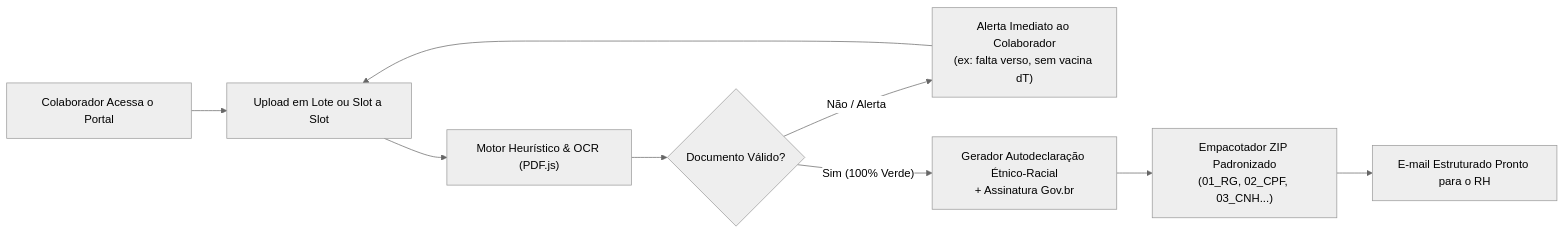
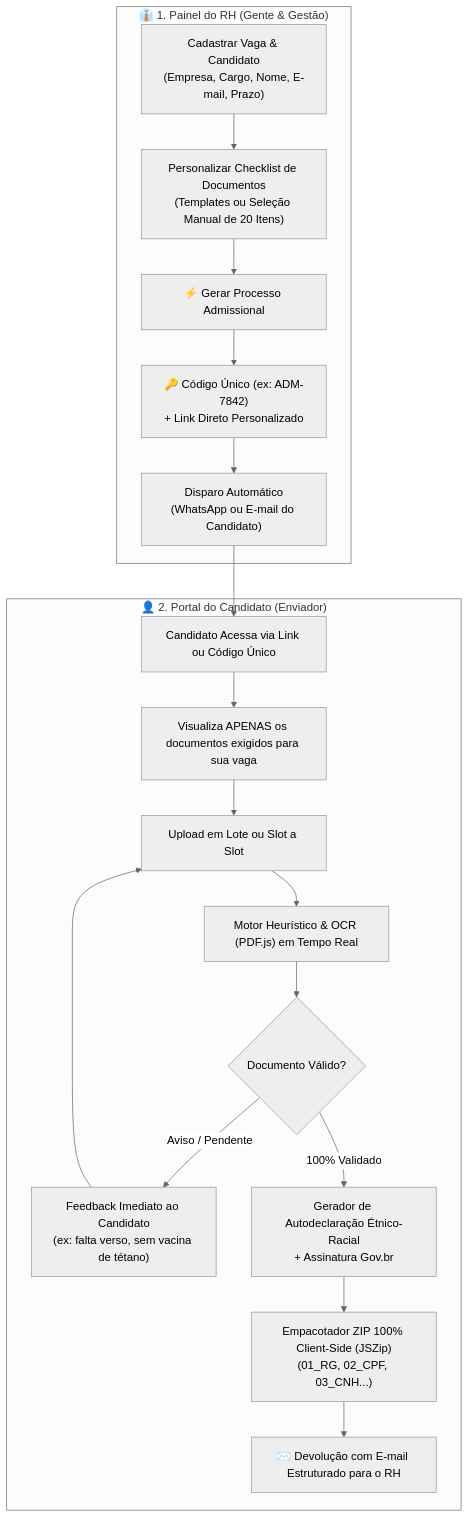
One commit to JTChila/admissao-digital changed the diagram in README.md. Above: the diagram before and after it, drawn with Mermaid (neutral theme). The commit also changed other lines of this file and 5 other files, not shown here.

````diff
--- a/README.md
+++ b/README.md
@@ -25,11 +27,22 @@
 ```mermaid
-flowchart LR
-    A["Colaborador Acessa o Portal"] --> B["Upload em Lote ou Slot a Slot"]
-    B --> C["Motor Heurístico & OCR (PDF.js)"]
-    C --> D{"Documento Válido?"}
-    D -- "Não / Alerta" --> E["Alerta Imediato ao Colaborador<br/>(ex: falta verso, sem vacina dT)"]
-    E --> B
-    D -- "Sim (100% Verde)" --> F["Gerador Autodeclaração Étnico-Racial<br/>+ Assinatura Gov.br"]
-    F --> G["Empacotador ZIP Padronizado<br/>(01_RG, 02_CPF, 03_CNH...)"]
-    G --> H["E-mail Estruturado Pronto para o RH"]
+flowchart TD
+    subgraph RH["👔 1. Painel do RH (Gente & Gestão)"]
+        A["Cadastrar Vaga & Candidato<br/>(Empresa, Cargo, Nome, E-mail, Prazo)"] --> B["Personalizar Checklist de Documentos<br/>(Templates ou Seleção Manual de 20 Itens)"]
+        B --> C["⚡ Gerar Processo Admissional"]
+        C --> D["🔑 Código Único (ex: ADM-7842)<br/>+ Link Direto Personalizado"]
+        D --> E["Disparo Automático<br/>(WhatsApp ou E-mail do Candidato)"]
+    end
+
+    subgraph Candidato["👤 2. Portal do Candidato (Enviador)"]
+        E --> F["Candidato Acessa via Link ou Código Único"]
+        F --> G["Visualiza APENAS os documentos exigidos para sua vaga"]
+        G --> H["Upload em Lote ou Slot a Slot"]
+        H --> I["Motor Heurístico & OCR (PDF.js) em Tempo Real"]
+        I --> J{"Documento Válido?"}
+        J -- "Aviso / Pendente" --> K["Feedback Imediato ao Candidato<br/>(ex: falta verso, sem vacina de tétano)"]
+        K --> H
+        J -- "100% Validado" --> L["Gerador de Autodeclaração Étnico-Racial<br/>+ Assinatura Gov.br"]
+        L --> M["Empacotador ZIP 100% Client-Side (JSZip)<br/>(01_RG, 02_CPF, 03_CNH...)"]
+        M --> N["✉️ Devolução com E-mail Estruturado para o RH"]
+    end
 ```
````
